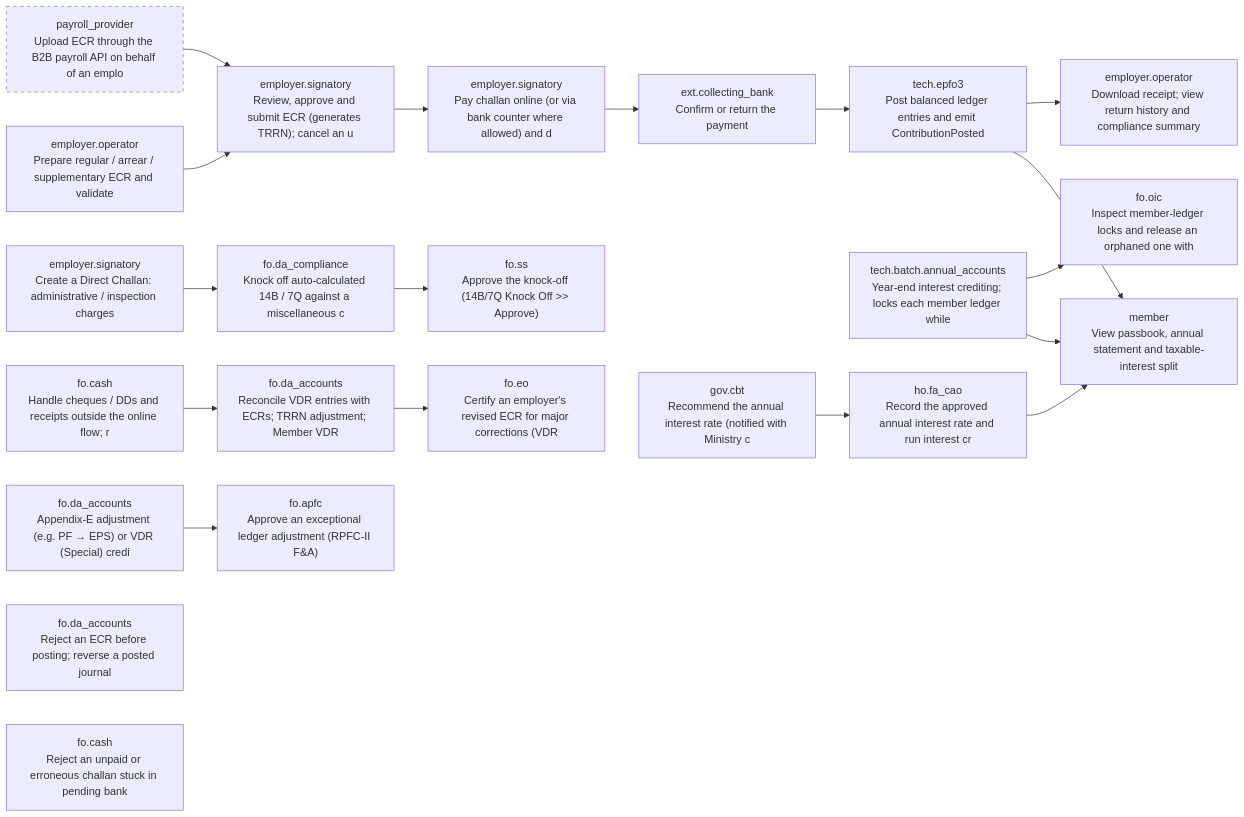
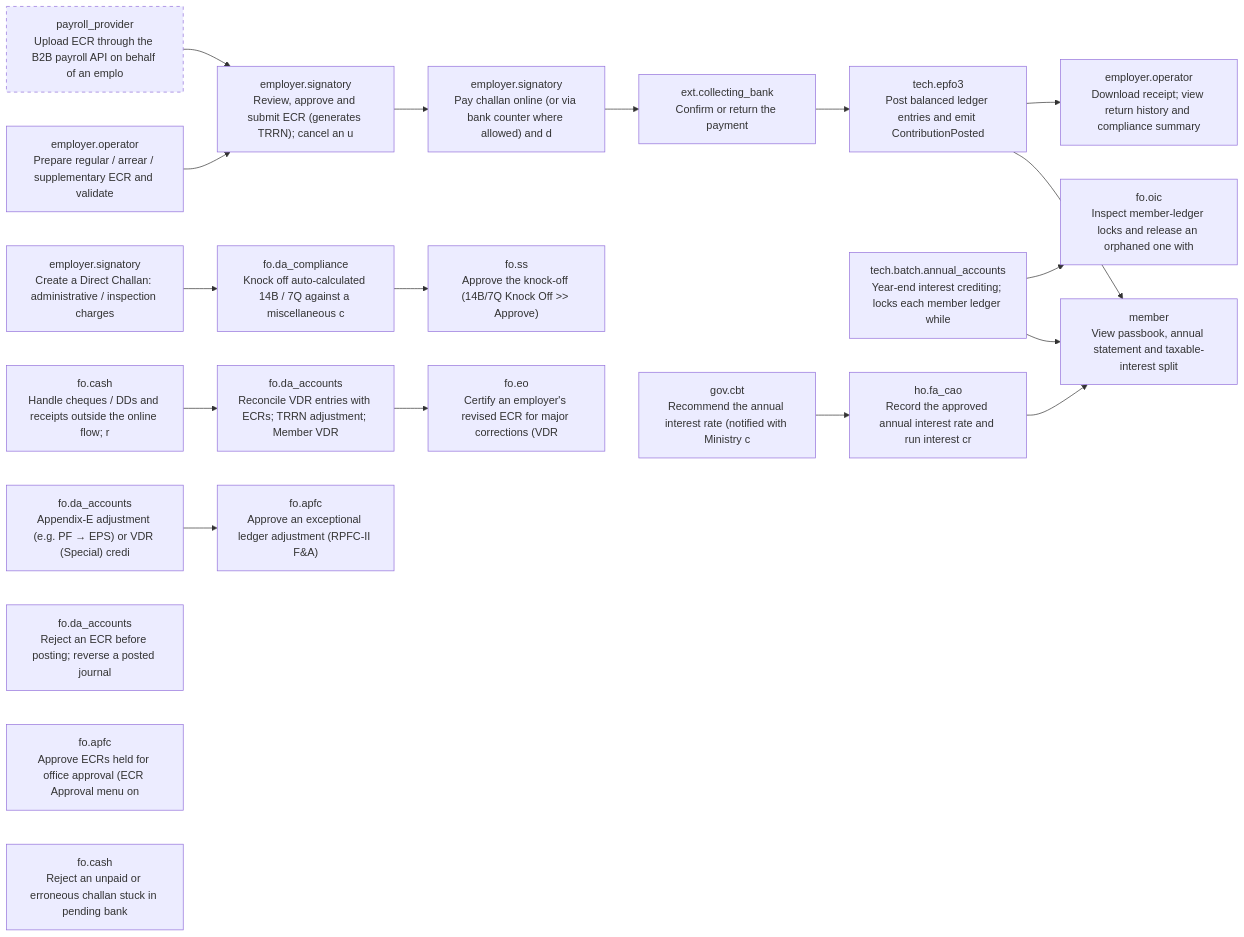
Before and after one commit to gauravmeena0708/pf-life: the third of 14 diagrams in docs/stakeholder-api-sets.md, drawn with Mermaid. The commit also changed other lines of this file and 14 other files, not shown here.

````diff
--- a/docs/stakeholder-api-sets.md
+++ b/docs/stakeholder-api-sets.md
@@ -1406,42 +1422,43 @@
 ```mermaid
 flowchart LR
   F03_ecr_prepare["employer.operator<br/>Prepare regular / arrear / supplementary ECR and validate"]
   F03_b2b_upload["payroll_provider<br/>Upload ECR through the B2B payroll API on behalf of an emplo"]
   style F03_b2b_upload stroke-dasharray: 5 5
   F03_ecr_approve["employer.signatory<br/>Review, approve and submit ECR (generates TRRN); cancel an u"]
   F03_pay["employer.signatory<br/>Pay challan online (or via bank counter where allowed) and d"]
   F03_bank_confirm["ext.collecting_bank<br/>Confirm or return the payment"]
   F03_post["tech.epfo3<br/>Post balanced ledger entries and emit ContributionPosted"]
   F03_receipt["employer.operator<br/>Download receipt; view return history and compliance summary"]
   F03_passbook["member<br/>View passbook, annual statement and taxable-interest split"]
   F03_direct_challan["employer.signatory<br/>Create a Direct Challan: administrative / inspection charges"]
   F03_knock_off["fo.da_compliance<br/>Knock off auto-calculated 14B / 7Q against a miscellaneous c"]
   F03_knock_off_approve["fo.ss<br/>Approve the knock-off (14B/7Q Knock Off >> Approve)"]
   F03_receipts["fo.cash<br/>Handle cheques / DDs and receipts outside the online flow; r"]
   F03_vdr_reconcile["fo.da_accounts<br/>Reconcile VDR entries with ECRs; TRRN adjustment; Member VDR"]
   F03_eo_certify["fo.eo<br/>Certify an employer's revised ECR for major corrections (VDR"]
   F03_ledger_exception["fo.da_accounts<br/>Appendix-E adjustment (e.g. PF → EPS) or VDR (Special) credi"]
   F03_ledger_exception_approve["fo.apfc<br/>Approve an exceptional ledger adjustment (RPFC-II F&A)"]
   F03_ecr_reject["fo.da_accounts<br/>Reject an ECR before posting; reverse a posted journal"]
+  F03_ecr_office_approval["fo.apfc<br/>Approve ECRs held for office approval (ECR Approval menu on "]
   F03_payment_reject["fo.cash<br/>Reject an unpaid or erroneous challan stuck in pending bank "]
   F03_annual_batch["tech.batch.annual_accounts<br/>Year-end interest crediting; locks each member ledger while "]
   F03_interest["ho.fa_cao<br/>Record the approved annual interest rate and run interest cr"]
   F03_interest_rate["gov.cbt<br/>Recommend the annual interest rate (notified with Ministry c"]
   F03_ecr_prepare --> F03_ecr_approve
   F03_b2b_upload --> F03_ecr_approve
   F03_ecr_approve --> F03_pay
   F03_pay --> F03_bank_confirm
   F03_bank_confirm --> F03_post
   F03_post --> F03_passbook
   F03_post --> F03_receipt
   F03_direct_challan --> F03_knock_off
   F03_knock_off --> F03_knock_off_approve
   F03_receipts --> F03_vdr_reconcile
   F03_vdr_reconcile --> F03_eo_certify
   F03_ledger_exception --> F03_ledger_exception_approve
   F03_annual_batch --> F03_passbook
   F04_lock_admin["fo.oic<br/>Inspect member-ledger locks and release an orphaned one with"]
   F03_annual_batch --> F04_lock_admin
   F03_interest --> F03_passbook
   F03_interest_rate --> F03_interest
 ```
````
